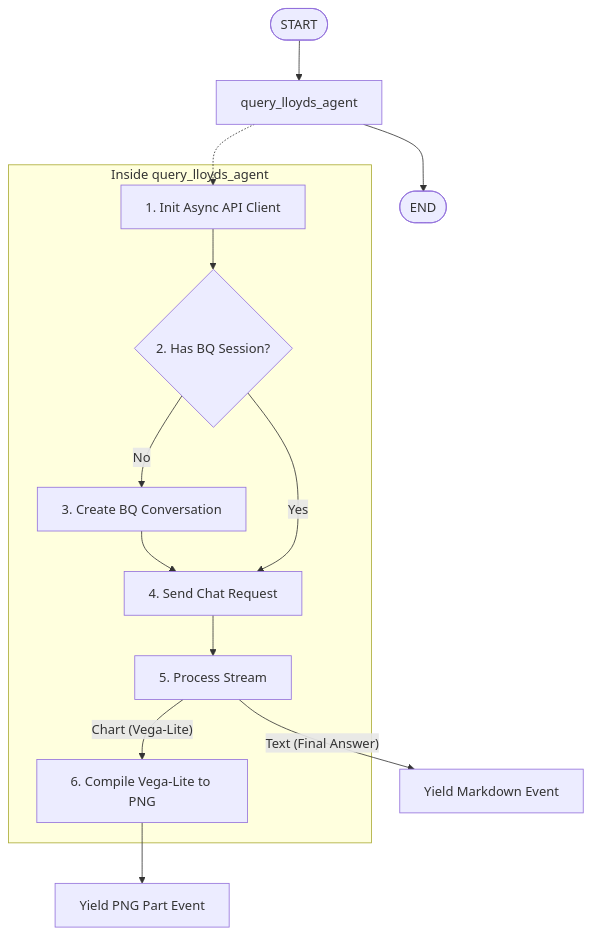
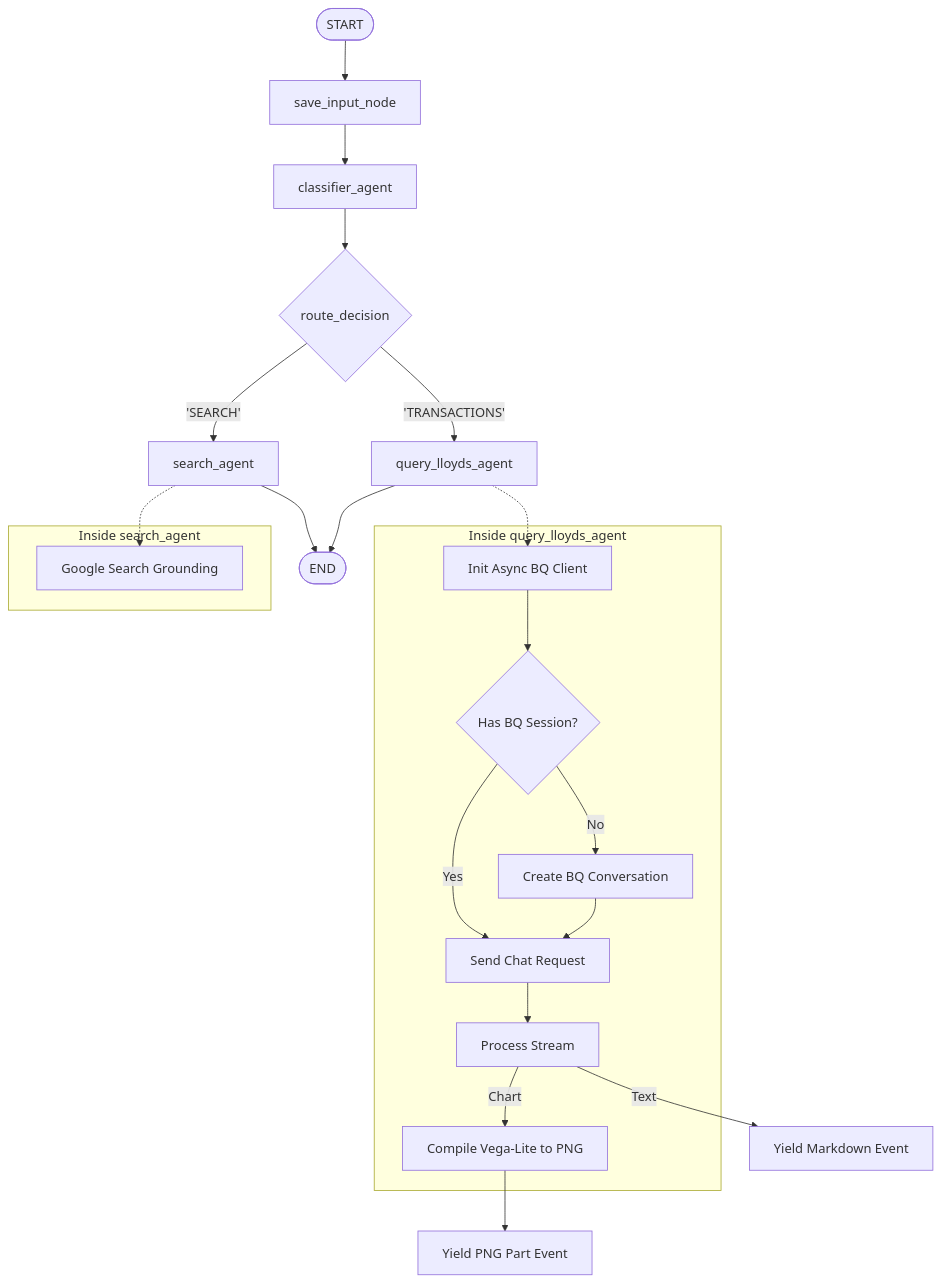
Before and after one commit to leoncozzi-ui/lloyds-wrapped-adk: the diagram in README.md, drawn with Mermaid. The commit also changed other lines of this file, not shown here.

Commit message:
Update README.md: Document the Multi-Agent Orchestrator graph workflow, Mermaid diagram, intent classifier, state preservation pipeline, and search agent in detail

````diff
--- a/README.md
+++ b/README.md
@@ -13,22 +15,33 @@
 ```mermaid
 graph TD
-    START([START]) --> Node[query_lloyds_agent]
-    Node --> End([END])
+    START([START]) --> SaveInput[save_input_node]
+    SaveInput --> Classifier[classifier_agent]
+    Classifier --> Router{route_decision}
+    Router -- 'TRANSACTIONS' --> Lloyds[query_lloyds_agent]
+    Router -- 'SEARCH' --> Search[search_agent]
+    Lloyds --> END([END])
+    Search --> END
     
     subgraph Inside query_lloyds_agent
-        InitClient[1. Init Async API Client]
-        CheckState{2. Has BQ Session?}
-        CreateSession[3. Create BQ Conversation]
-        SendChat[4. Send Chat Request]
-        Stream[5. Process Stream]
-        RenderChart[6. Compile Vega-Lite to PNG]
+        InitClient[Init Async BQ Client]
+        CheckSession{Has BQ Session?}
+        CreateSession[Create BQ Conversation]
+        SendChat[Send Chat Request]
+        Stream[Process Stream]
+        RenderChart[Compile Vega-Lite to PNG]
     end
     
-    Node -.-> InitClient
-    InitClient --> CheckState
-    CheckState -- No --> CreateSession --> SendChat
-    CheckState -- Yes --> SendChat
+    Lloyds -.-> InitClient
+    InitClient --> CheckSession
+    CheckSession -- No --> CreateSession --> SendChat
+    CheckSession -- Yes --> SendChat
     SendChat --> Stream
-    Stream -- Text (Final Answer) --> YieldText[Yield Markdown Event]
-    Stream -- Chart (Vega-Lite) --> RenderChart --> YieldImage[Yield PNG Part Event]
+    Stream -- Text --> YieldText[Yield Markdown Event]
+    Stream -- Chart --> RenderChart --> YieldImage[Yield PNG Part Event]
+    
+    subgraph Inside search_agent
+        GoogleSearch[Google Search Grounding]
+    end
+    
+    Search -.-> GoogleSearch
 ```
````
